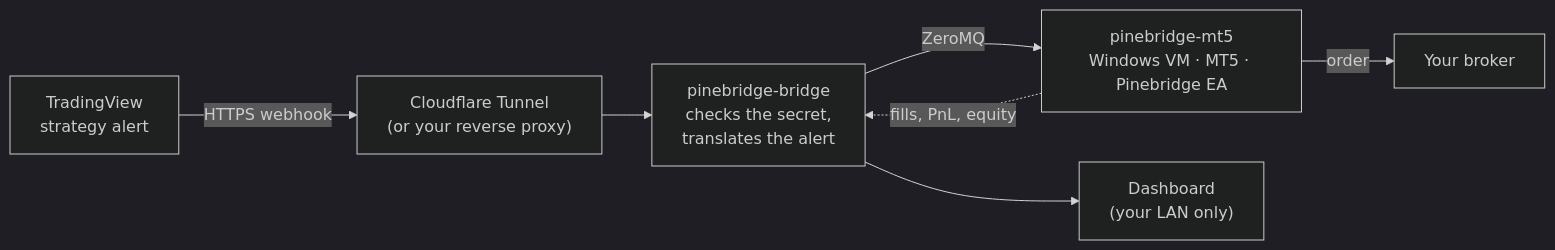
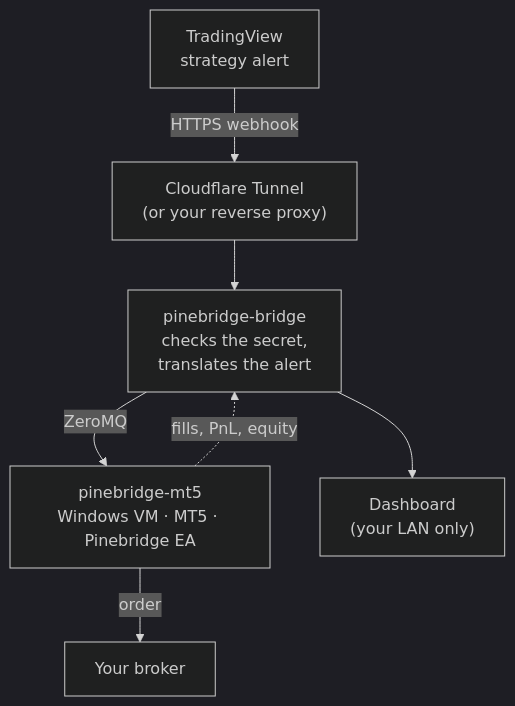
One commit to jakeshake/pinebridge changed the diagram in README.md. Above: the diagram before and after it, drawn with Mermaid (dark theme). The commit also changed other lines of this file, not shown here.

Commit message:
README: top-down diagram and a header for the requirements table

````diff
--- a/README.md
+++ b/README.md
@@ -27,9 +27,9 @@
 ```mermaid
-flowchart LR
+flowchart TD
     TV["TradingView<br/>strategy alert"] -- "HTTPS webhook" --> CF["Cloudflare Tunnel<br/>(or your reverse proxy)"]
     CF --> BR["pinebridge-bridge<br/>checks the secret,<br/>translates the alert"]
     BR -- "ZeroMQ" --> EA["pinebridge-mt5<br/>Windows VM · MT5 · Pinebridge EA"]
     EA -- "order" --> BK["Your broker"]
     EA -. "fills, PnL, equity" .-> BR
     BR --> DB["Dashboard<br/>(your LAN only)"]
 ```
````
